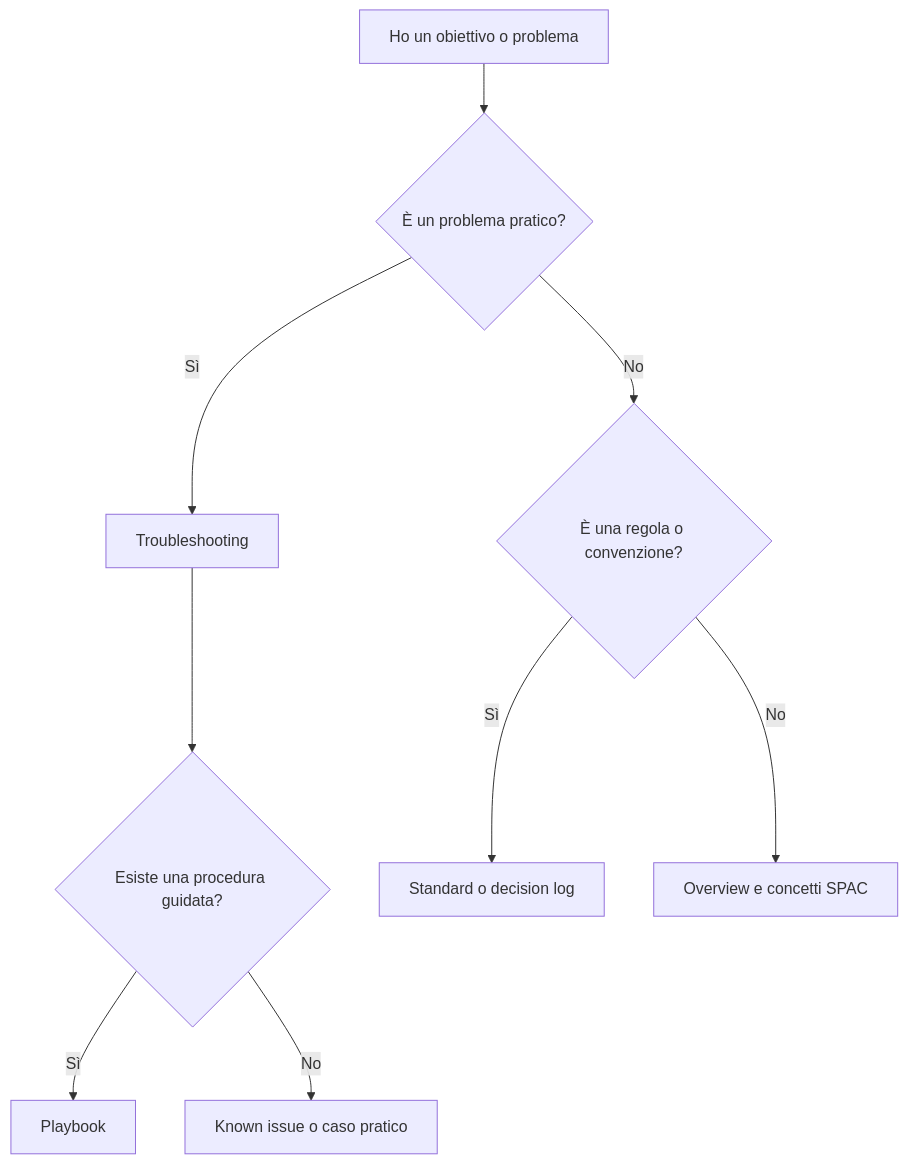
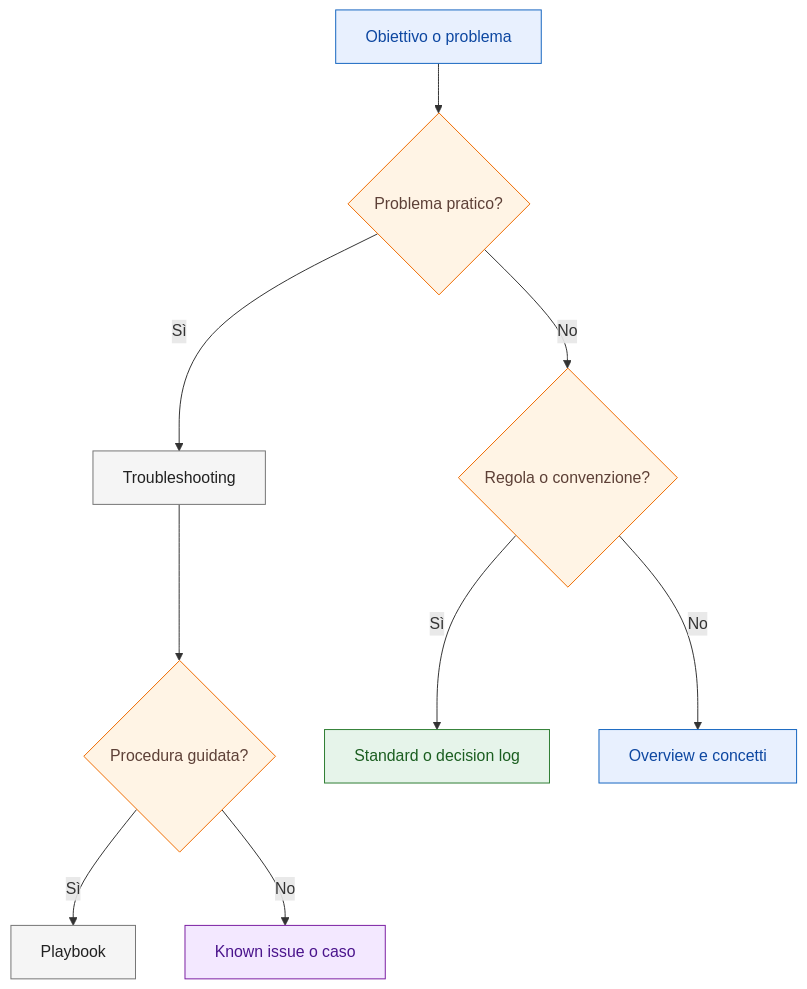
One commit to robertochello/spac-start-knowledge-base changed the diagram in docs/00-how-to-use.md. Above: the diagram before and after it, drawn with Mermaid. The commit also changed 27 other files, not shown here.

Commit message:
docs: standardize diagrams and visual cues

````diff
--- a/docs/00-how-to-use.md
+++ b/docs/00-how-to-use.md
@@ -18,11 +16,17 @@
 ```mermaid
 flowchart TD
-    A[Ho un obiettivo o problema] --> B{È un problema pratico?}
-    B -->|Sì| C[Troubleshooting]
-    C --> D{Esiste una procedura guidata?}
-    D -->|Sì| E[Playbook]
-    D -->|No| F[Known issue o caso pratico]
-    B -->|No| G{È una regola o convenzione?}
-    G -->|Sì| H[Standard o decision log]
-    G -->|No| I[Overview e concetti SPAC]
+    A[Obiettivo o problema]:::info --> B{Problema pratico?}:::warn
+    B -->|Sì| C[Troubleshooting]:::process
+    C --> D{Procedura guidata?}:::warn
+    D -->|Sì| E[Playbook]:::process
+    D -->|No| F[Known issue o caso]:::todo
+    B -->|No| G{Regola o convenzione?}:::warn
+    G -->|Sì| H[Standard o decision log]:::ok
+    G -->|No| I[Overview e concetti]:::info
+
+    classDef ok fill:#e6f4ea,stroke:#2e7d32,color:#1b5e20;
+    classDef warn fill:#fff4e5,stroke:#ef6c00,color:#5d4037;
+    classDef info fill:#e8f0fe,stroke:#1565c0,color:#0d47a1;
+    classDef todo fill:#f3e8ff,stroke:#7b1fa2,color:#4a148c;
+    classDef process fill:#f5f5f5,stroke:#757575,color:#212121;
 ```
````
